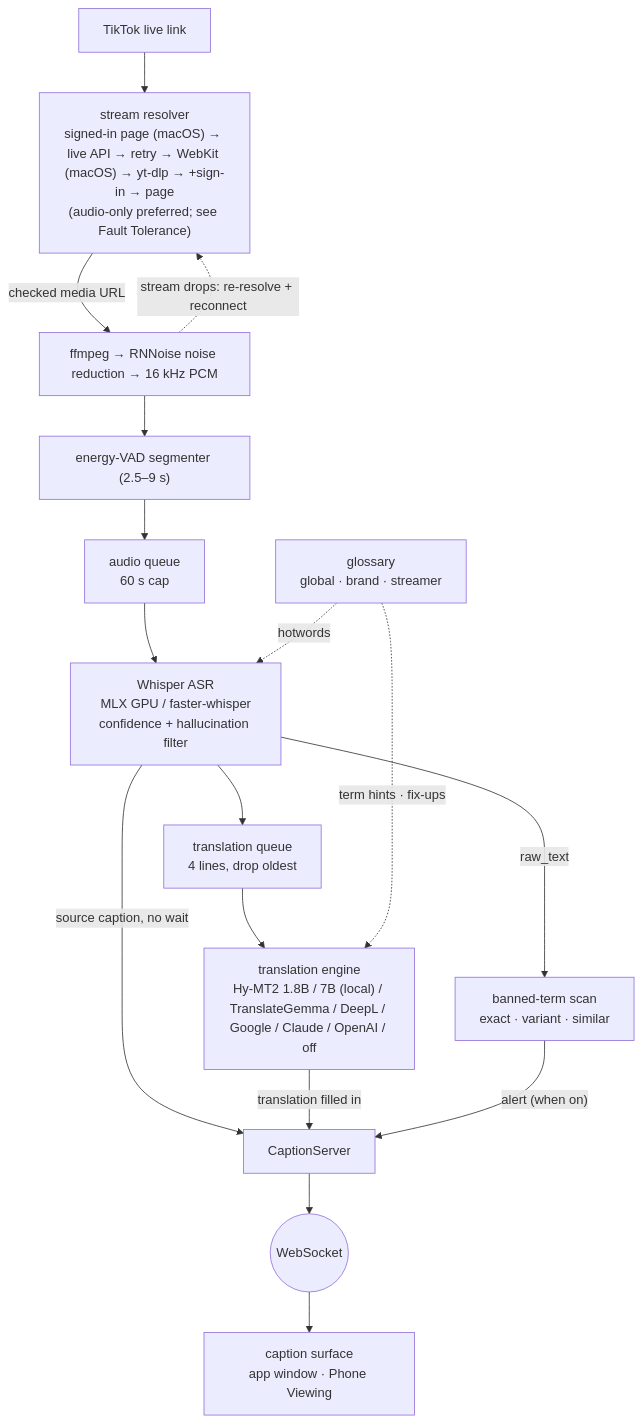
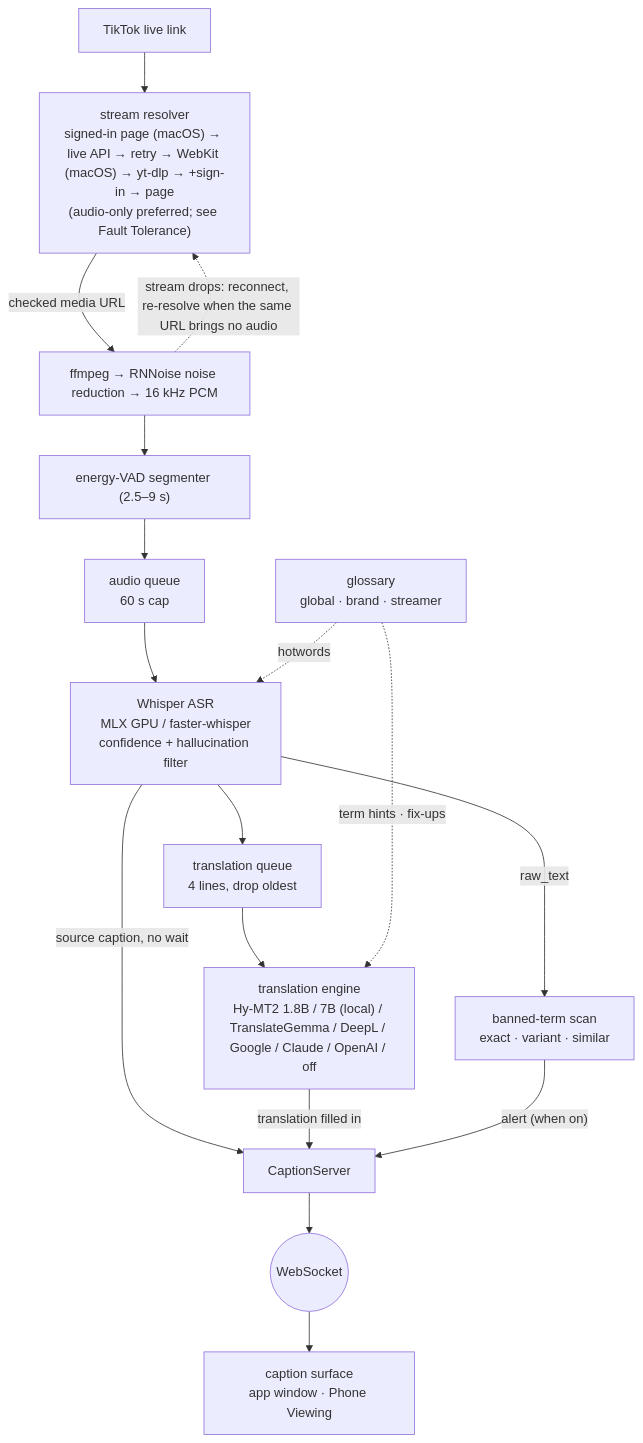
One commit to EM917/tiktok-live-translator changed the diagram in docs/architecture/mermaid.md. Above: the diagram before and after it, drawn with Mermaid. The commit also changed 5 other files, not shown here.

````diff
--- a/docs/architecture/mermaid.md
+++ b/docs/architecture/mermaid.md
@@ -10,19 +10,19 @@
 ```mermaid
 flowchart TD
     URL["TikTok live link"] --> RESOLVE["stream resolver<br/>signed-in page (macOS) → live API → retry → WebKit (macOS) → yt-dlp → +sign-in → page<br/>(audio-only preferred; see Fault Tolerance)"]
     RESOLVE -->|"checked media URL"| FF["ffmpeg → RNNoise noise reduction → 16 kHz PCM"]
     FF --> VAD["energy-VAD segmenter (2.5–9 s)"]
     VAD --> AQ["audio queue<br/>60 s cap"]
     AQ --> ASR["Whisper ASR<br/>MLX GPU / faster-whisper<br/>confidence + hallucination filter"]
     GL["glossary<br/>global · brand · streamer"] -.->|"hotwords"| ASR
     ASR -->|"source caption, no wait"| SRV["CaptionServer"]
     ASR --> TQ["translation queue<br/>4 lines, drop oldest"]
     TQ --> TR["translation engine<br/>Hy-MT2 1.8B / 7B (local) / TranslateGemma / DeepL / Google / Claude / OpenAI / off"]
     GL -.->|"term hints · fix-ups"| TR
     TR -->|"translation filled in"| SRV
     ASR -->|"raw_text"| DET["banned-term scan<br/>exact · variant · similar"]
     DET -->|"alert (when on)"| SRV
     SRV --> WS(("WebSocket"))
     WS --> UI["caption surface<br/>app window · Phone Viewing"]
-    FF -.->|"stream drops: re-resolve + reconnect"| RESOLVE
+    FF -.->|"stream drops: reconnect, re-resolve when the same URL brings no audio"| RESOLVE
 ```
````
